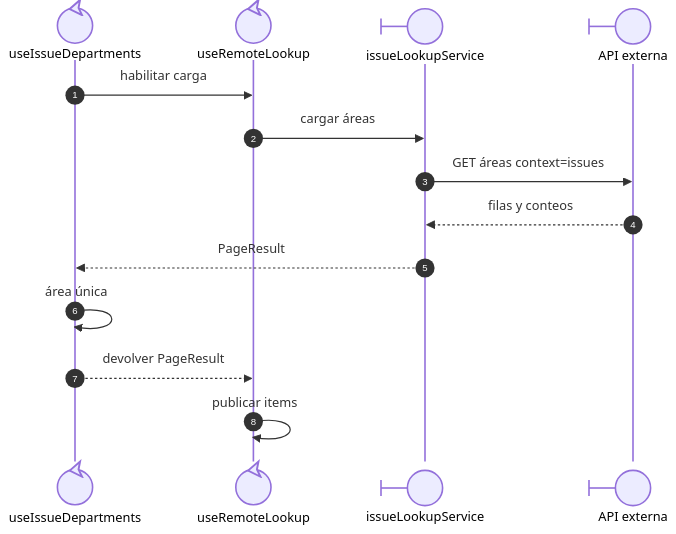
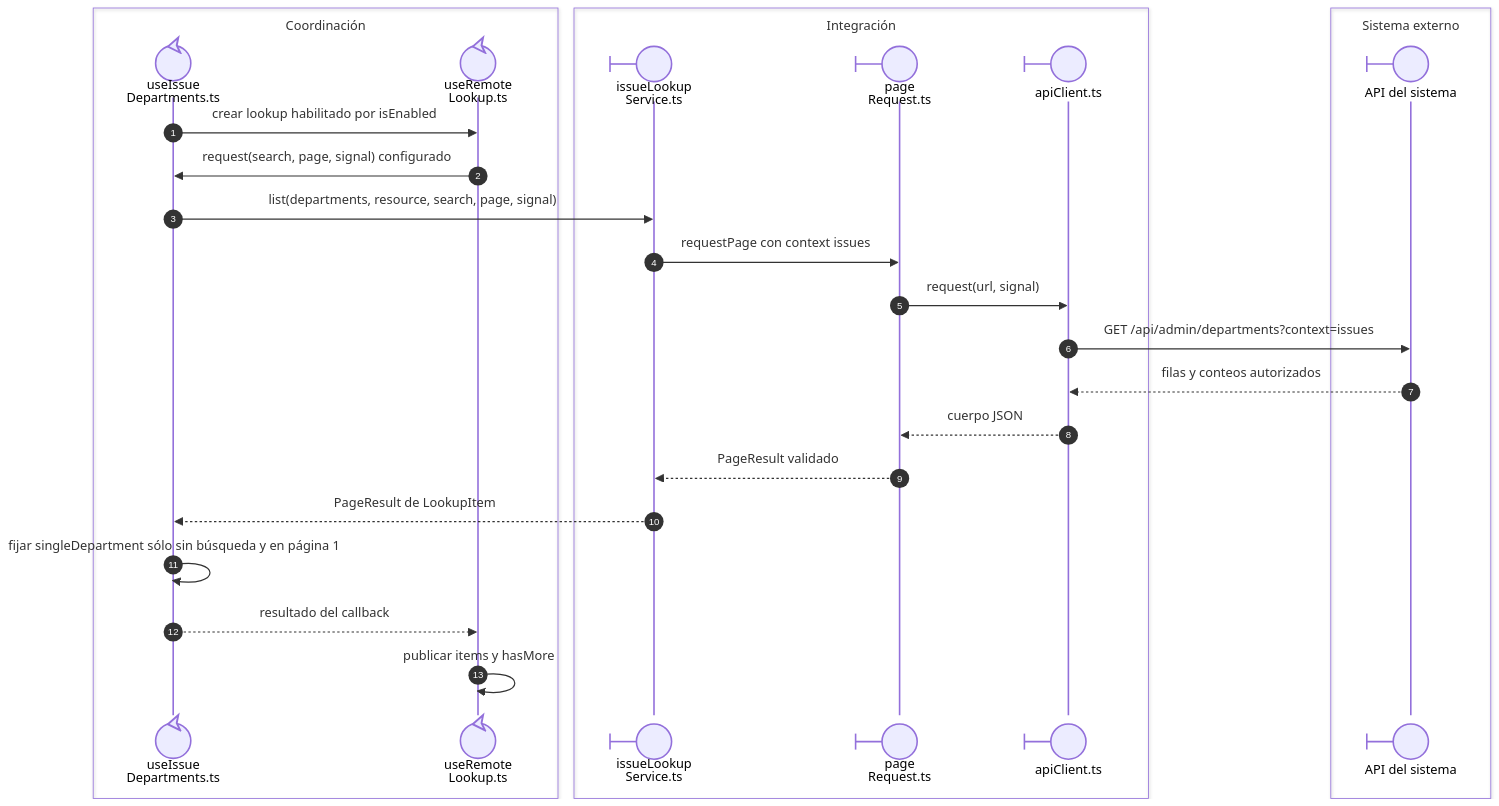
Before and after one commit to gpgsistemas01/nexus: the first of 2 diagrams in front/docs/architecture/views/processes/07-issues/04-department-scope.md, drawn with Mermaid. The commit also changed other lines of this file and 46 other files, not shown here.

````diff
--- a/front/docs/architecture/views/processes/07-issues/04-department-scope.md
+++ b/front/docs/architecture/views/processes/07-issues/04-department-scope.md
@@ -17,16 +17,29 @@
 ```mermaid
 sequenceDiagram
     autonumber
-    participant Scope@{ "type": "control" } as useIssueDepartments
-    participant Lookup@{ "type": "control" } as useRemoteLookup
-    participant Service@{ "type": "boundary" } as issueLookupService
-    participant API@{ "type": "boundary" } as API externa
-    Scope->>Lookup: habilitar carga
-    Lookup->>Service: cargar áreas
-    Service->>API: GET áreas context=issues
-    API-->>Service: filas y conteos
-    Service-->>Scope: PageResult
-    Scope->>Scope: área única
-    Scope-->>Lookup: devolver PageResult
-    Lookup->>Lookup: publicar items
+    box Coordinación
+    participant Scope@{ "type": "control" } as useIssue<br/>Departments.ts
+    participant Lookup@{ "type": "control" } as useRemote<br/>Lookup.ts
+    end
+    box Integración
+    participant Service@{ "type": "boundary" } as issueLookup<br/>Service.ts
+    participant Paged@{ "type": "boundary" } as page<br/>Request.ts
+    participant HTTP@{ "type": "boundary" } as apiClient.ts
+    end
+    box Sistema externo
+    participant API@{ "type": "boundary" } as API del sistema
+    end
+    Scope->>Lookup: crear lookup habilitado por isEnabled
+    Lookup->>Scope: request(search, page, signal) configurado
+    Scope->>Service: list(departments, resource, search, page, signal)
+    Service->>Paged: requestPage con context issues
+    Paged->>HTTP: request(url, signal)
+    HTTP->>API: GET /api/admin/departments?context=issues
+    API-->>HTTP: filas y conteos autorizados
+    HTTP-->>Paged: cuerpo JSON
+    Paged-->>Service: PageResult validado
+    Service-->>Scope: PageResult de LookupItem
+    Scope->>Scope: fijar singleDepartment sólo sin búsqueda y en página 1
+    Scope-->>Lookup: resultado del callback
+    Lookup->>Lookup: publicar items y hasMore
 ```
````
